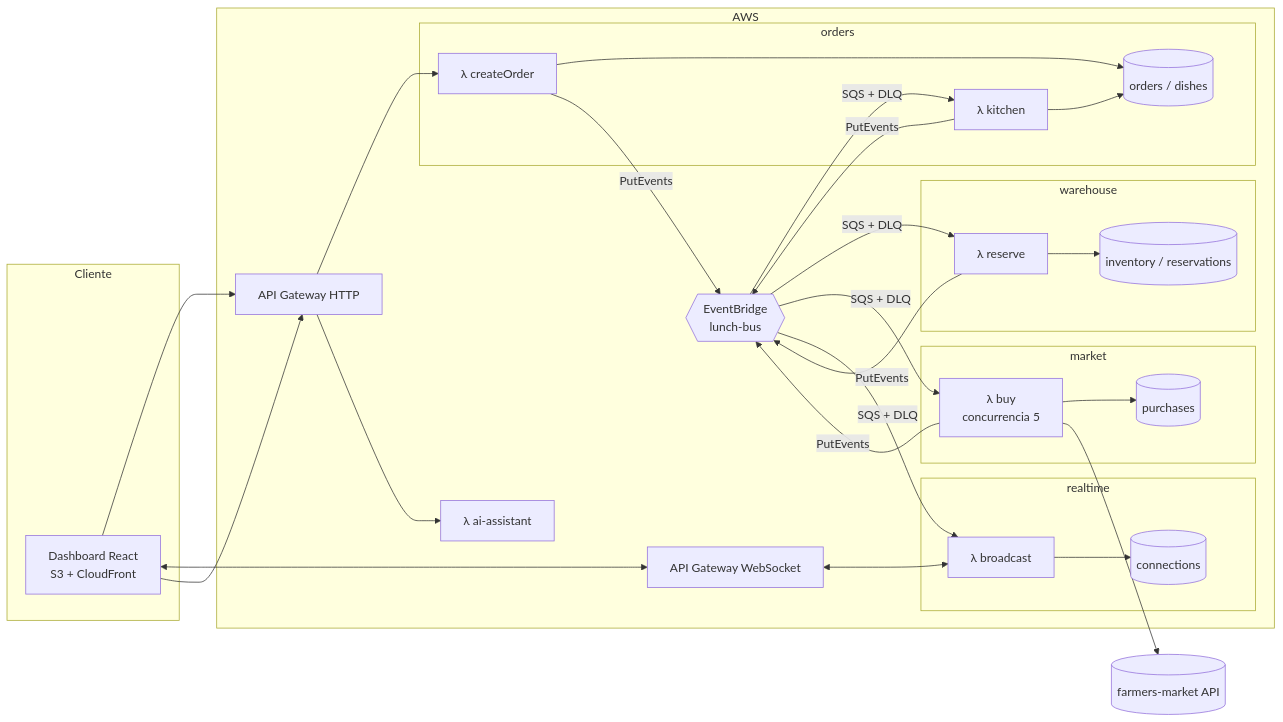
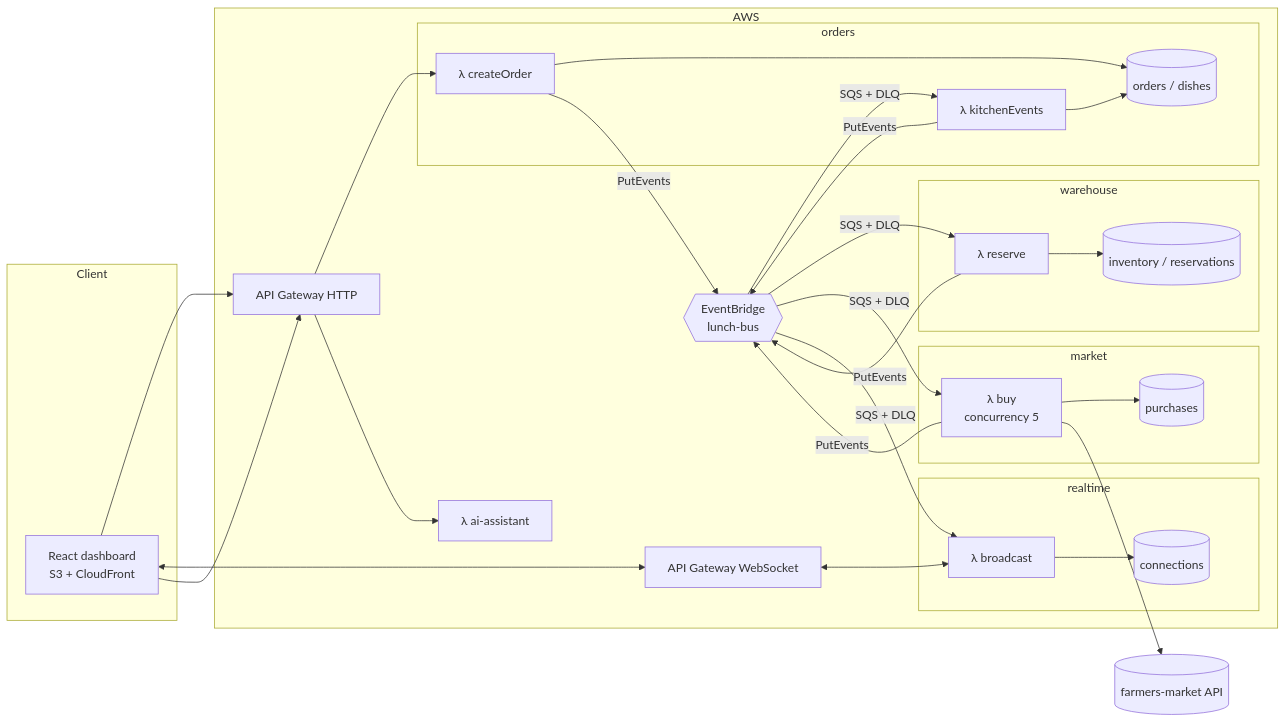
One commit to miguelcamargo9/free-lunch-day changed the first of 2 diagrams in docs/ARCHITECTURE.md. Above: the diagram before and after it, drawn with Mermaid. The commit also changed other lines of this file and 7 other files, not shown here.

Commit message:
docs: translate planning, architecture, ADRs and README to English

````diff
--- a/docs/ARCHITECTURE.md
+++ b/docs/ARCHITECTURE.md
@@ -7,36 +7,36 @@
 ```mermaid
 flowchart LR
-  subgraph Cliente
-    UI[Dashboard React<br/>S3 + CloudFront]
+  subgraph Client
+    UI[React dashboard<br/>S3 + CloudFront]
   end
 
   subgraph AWS
     HTTP[API Gateway HTTP]
     WS[API Gateway WebSocket]
     BUS{{EventBridge<br/>lunch-bus}}
 
     subgraph orders
       O1[λ createOrder] --> OT[(orders / dishes)]
-      O2[λ kitchen] --> OT
+      O2[λ kitchenEvents] --> OT
     end
     subgraph warehouse
       W1[λ reserve] --> WT[(inventory / reservations)]
     end
     subgraph market
-      M1[λ buy<br/>concurrencia 5] --> MT[(purchases)]
+      M1[λ buy<br/>concurrency 5] --> MT[(purchases)]
     end
     subgraph realtime
       R1[λ broadcast] --> RT[(connections)]
     end
     AI[λ ai-assistant]
   end
 
   EXT[(farmers-market API)]
 
   UI --> HTTP --> O1
   UI <--> WS <--> R1
   UI --> HTTP --> AI
   O1 & O2 & W1 & M1 -- PutEvents --> BUS
   BUS -- SQS + DLQ --> O2 & W1 & M1 & R1
   M1 --> EXT
 ```
````
